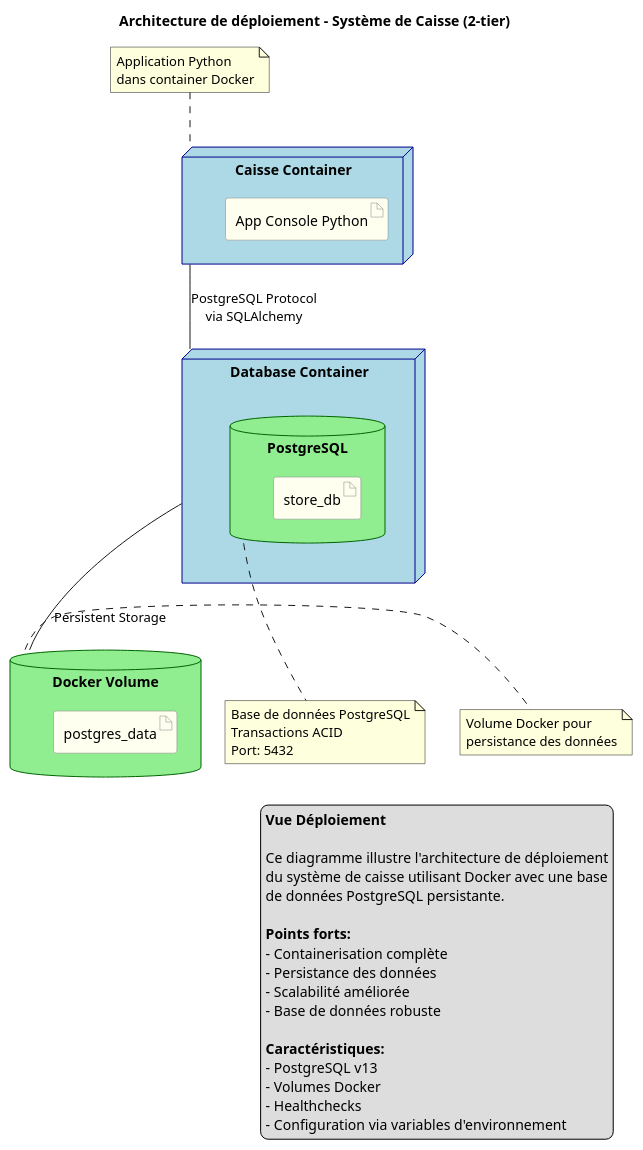
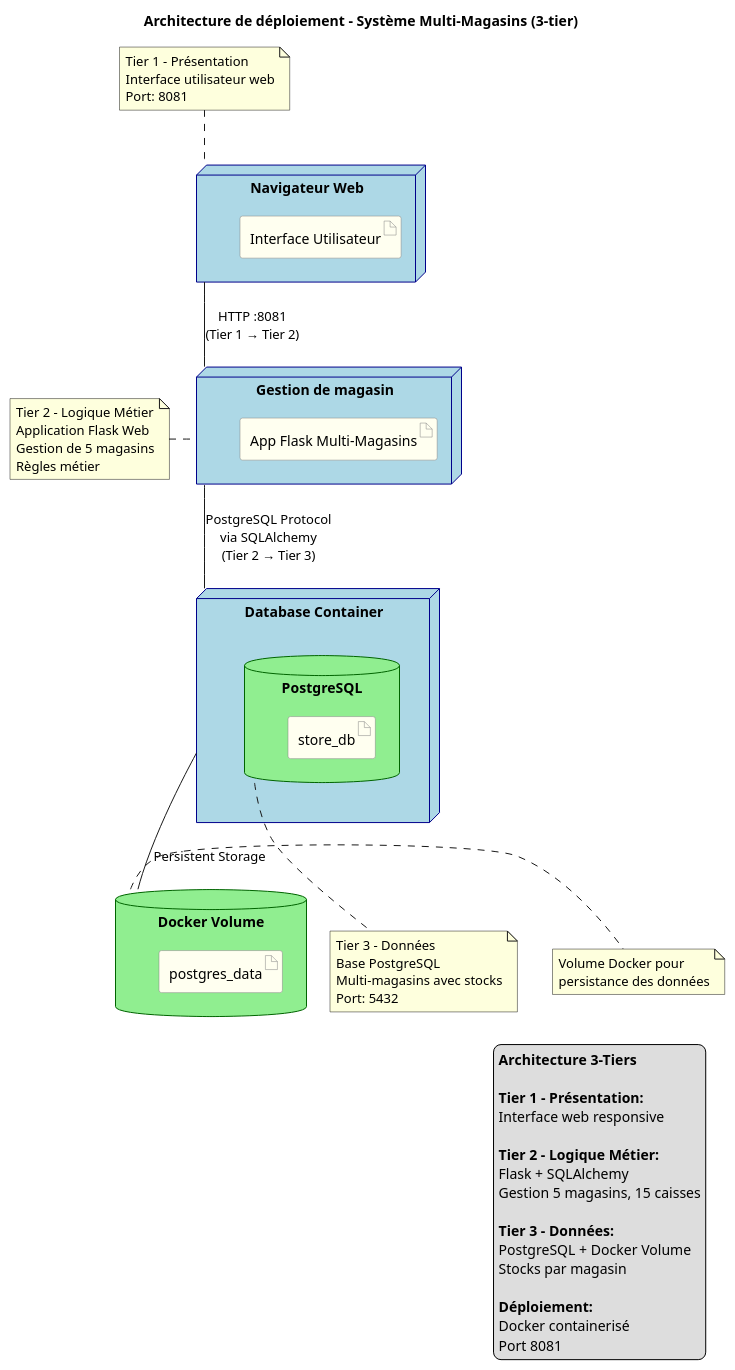
One commit to Louqman-ETS/log430-labo-07 changed the diagram in docs/UML/diagramme_deploiement.puml. Above: the diagram before and after it, drawn with PlantUML. The commit also changed 25 other files, not shown here.

```diff
--- a/docs/UML/diagramme_deploiement.puml
+++ b/docs/UML/diagramme_deploiement.puml
@@ -1,83 +1,100 @@
 @startuml Vue Déploiement
 
 ' Définir les styles
 skinparam node {
     BackgroundColor LightBlue
     BorderColor DarkBlue
     FontColor Black
 }
 
 skinparam database {
     BackgroundColor LightGreen
     BorderColor DarkGreen
     FontColor Black
 }
 
 skinparam artifact {
     BackgroundColor Ivory
     BorderColor Gray
     FontColor Black
 }
 
-' Définir les nœuds
-node "Caisse Container" as CaisseContainer {
-    artifact "App Console Python" as AppPython
+' Définir les nœuds - Architecture 3-tiers
+
+' Tier 1 - Présentation
+node "Navigateur Web" as Browser {
+    artifact "Interface Utilisateur" as UI
 }
 
+' Tier 2 - Logique Métier
+node "Gestion de magasin" as MagasinContainer {
+    artifact "App Flask Multi-Magasins" as AppFlask
+}
+
+' Tier 3 - Données
 node "Database Container" as DBContainer {
     database "PostgreSQL" as PostgreSQL {
         artifact "store_db" as StoreDB
     }
 }
 
 ' Volume persistant
 database "Docker Volume" as DockerVolume {
     artifact "postgres_data" as PostgresData
 }
 
-' Connexions
-CaisseContainer -- DBContainer : "PostgreSQL Protocol\nvia SQLAlchemy"
+' Connexions entre les tiers
+Browser -- MagasinContainer : "HTTP :8081\n(Tier 1 → Tier 2)"
+MagasinContainer -- DBContainer : "PostgreSQL Protocol\nvia SQLAlchemy\n(Tier 2 → Tier 3)"
 DBContainer -- DockerVolume : "Persistent Storage"
 
 ' Notes explicatives
 
-note bottom of PostgreSQL
-  Base de données PostgreSQL
-  Transactions ACID
-  Port: 5432
+note top of Browser
+  Tier 1 - Présentation
+  Interface utilisateur web
+  Port: 8081
 end note
 
-note top of CaisseContainer
-  Application Python
-  dans container Docker
+note left of MagasinContainer
+  Tier 2 - Logique Métier
+  Application Flask Web
+  Gestion de 5 magasins
+  Règles métier
+end note
+
+note bottom of PostgreSQL
+  Tier 3 - Données
+  Base PostgreSQL
+  Multi-magasins avec stocks
+  Port: 5432
 end note
 
 note right of DockerVolume
   Volume Docker pour
   persistance des données
 end note
 
 ' Titre et légende
-title Architecture de déploiement - Système de Caisse (2-tier)
+title Architecture de déploiement - Système Multi-Magasins (3-tier)
 
 legend right
-  <b>Vue Déploiement</b>
+  <b>Architecture 3-Tiers</b>
   
-  Ce diagramme illustre l'architecture de déploiement
-  du système de caisse utilisant Docker avec une base
-  de données PostgreSQL persistante.
+  <b>Tier 1 - Présentation:</b>
+  Interface web responsive
   
-  <b>Points forts:</b>
-  - Containerisation complète
-  - Persistance des données
-  - Scalabilité améliorée
-  - Base de données robuste
+  <b>Tier 2 - Logique Métier:</b>
+  Flask + SQLAlchemy
+  Gestion 5 magasins, 15 caisses
   
-  <b>Caractéristiques:</b>
-  - PostgreSQL v13
-  - Volumes Docker
-  - Healthchecks
-  - Configuration via variables d'environnement
+  <b>Tier 3 - Données:</b>
+  PostgreSQL + Docker Volume
+  Stocks par magasin
+  
+  <b>Déploiement:</b>
+  Docker containerisé
+  Port 8081
 endlegend
 
 @enduml 
```
